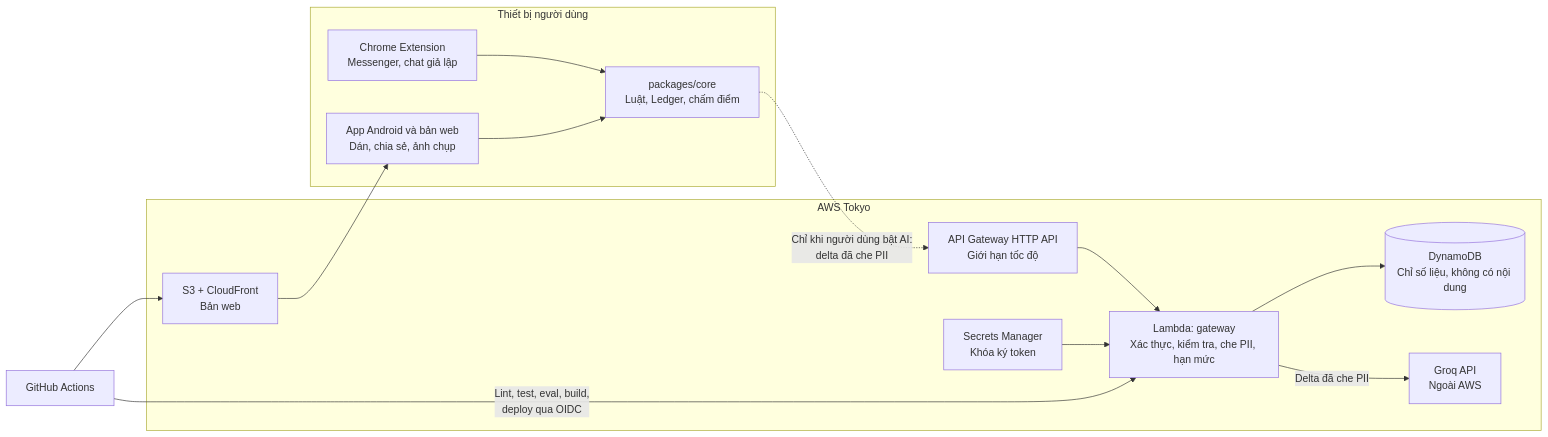
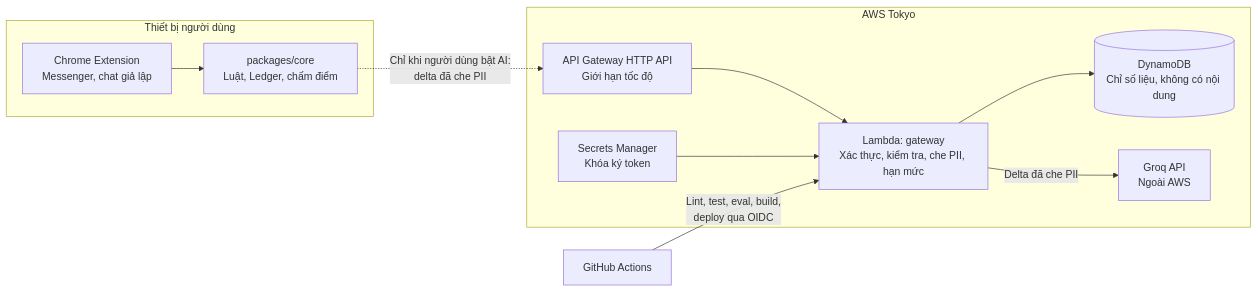
Before and after one commit to RenoMSD/Hackathon_SafeChatAI: the diagram in docs/03_KIEN_TRUC_MUC_TIEU.md, drawn with Mermaid. The commit also changed other lines of this file and 5 other files, not shown here.

First line of the commit message:
Bỏ phần web, Android, APK khỏi tài liệu và cấu hình

````diff
--- a/docs/03_KIEN_TRUC_MUC_TIEU.md
+++ b/docs/03_KIEN_TRUC_MUC_TIEU.md
@@ -56,30 +55,25 @@
 ```mermaid
 flowchart LR
   subgraph Device["Thiết bị người dùng"]
     EXT["Chrome Extension<br/>Messenger, chat giả lập"]
-    WEB["App Android và bản web<br/>Dán, chia sẻ, ảnh chụp"]
     CORE["packages/core<br/>Luật, Ledger, chấm điểm"]
     EXT --> CORE
-    WEB --> CORE
   end
 
   subgraph AWS["AWS Tokyo"]
     APIGW["API Gateway HTTP API<br/>Giới hạn tốc độ"]
     GW["Lambda: gateway<br/>Xác thực, kiểm tra, che PII, hạn mức"]
     DB[("DynamoDB<br/>Chỉ số liệu, không có nội dung")]
     SM["Secrets Manager<br/>Khóa ký token"]
     LLM["Groq API<br/>gpt-oss-120b"]
-    STATIC["S3 + CloudFront<br/>Bản web"]
     APIGW --> GW
     GW --> DB
     SM --> GW
   end
 
   LLM["Groq API<br/>Ngoài AWS"]
   GW -->|"Delta đã che PII"| LLM
 
   CORE -. "Chỉ khi người dùng bật AI:<br/>delta đã che PII" .-> APIGW
-  STATIC --> WEB
   GH["GitHub Actions"] -->|"Lint, test, eval, build,<br/>deploy qua OIDC"| GW
-  GH --> STATIC
 ```
````
